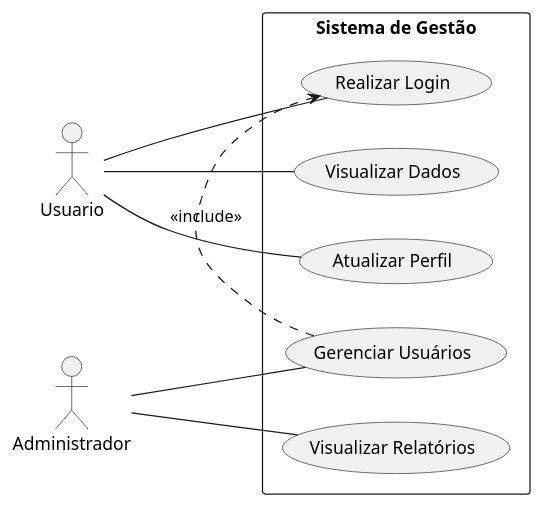
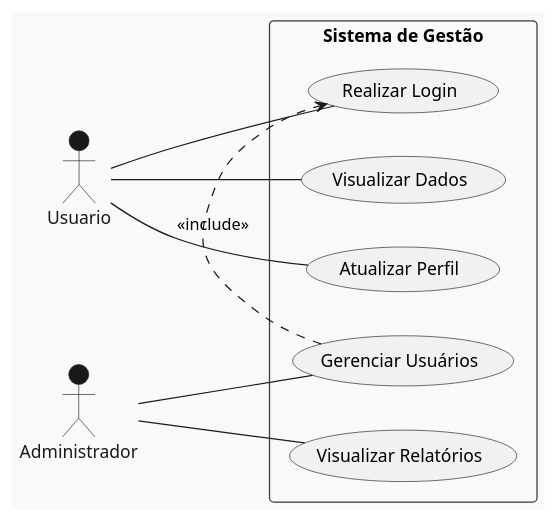
One commit to samoryfiotec/C4 changed the diagram in UseCase.puml. Above: the diagram before and after it, drawn with PlantUML. The commit also changed 7 other files, not shown here.

```diff
--- a/UseCase.puml
+++ b/UseCase.puml
@@ -1,18 +1,17 @@
 @startuml
-' !define RECTANGLE_COLOR #FFCC00
-' !define Usuario #FF9900
+!theme mars
 left to right direction
 
 actor Usuario
 actor Administrador
 
 rectangle "Sistema de Gestão" {
     Usuario -- (Realizar Login)
     Usuario -- (Visualizar Dados)
     Usuario -- (Atualizar Perfil)
     Administrador -- (Gerenciar Usuários)
     Administrador -- (Visualizar Relatórios)
     (Gerenciar Usuários) .> (Realizar Login) : <<include>>
 }
 
 @enduml
```
